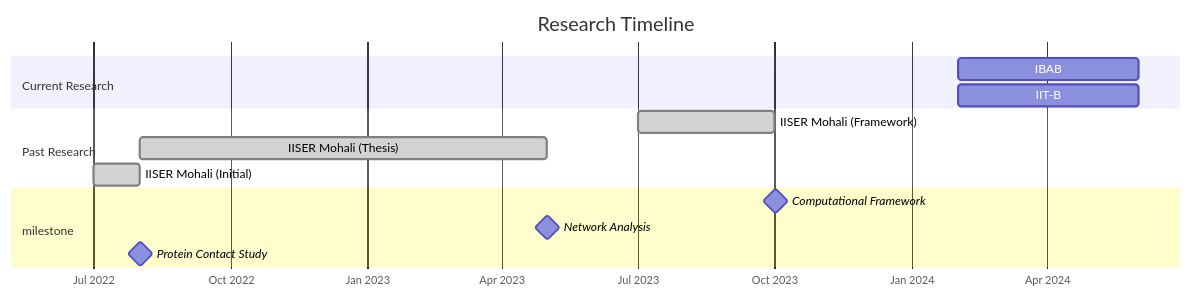
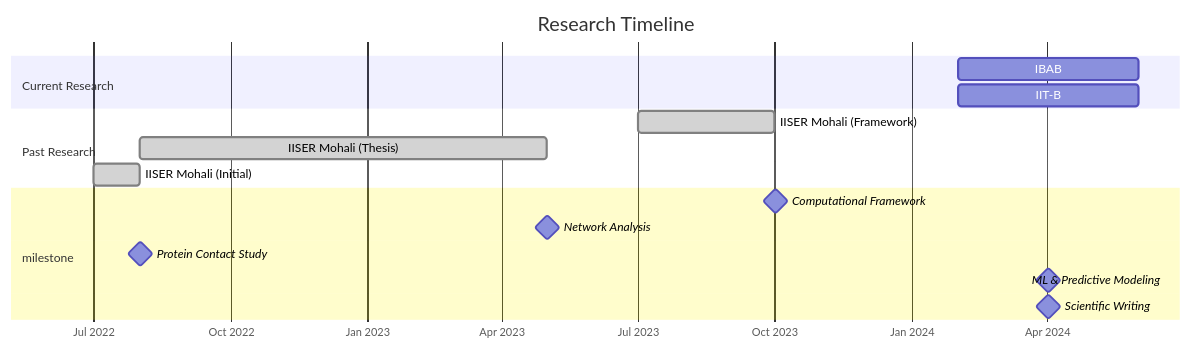
The third of 3 diagrams in README.md (dhana56/dhana56), drawn with Mermaid before and after one commit.

Commit message:
Add milestones for ML & Predictive Modeling and Scientific Writing in README.md

````diff
--- a/README.md
+++ b/README.md
@@ -203,25 +203,26 @@
 ```mermaid
 gantt
     title Research Timeline
     dateFormat YYYY-MM
     axisFormat %b %Y
 
     section Current Research
     IBAB: Histone PTM Research     :active, 2024-02, 2024-06
     IIT-B: MMI Analysis           :active, 2024-02, 2024-06
+  
 
     section Past Research
     IISER Mohali (Framework)      :done, framework, 2023-07, 2023-10
     IISER Mohali (Thesis)        :done, thesis, 2022-08, 2023-05
     IISER Mohali (Initial)       :done, initial, 2022-07, 2022-08
 
     section milestone
     Computational Framework       :milestone, 2023-10, 1d
     Network Analysis             :milestone, 2023-05, 1d
     Protein Contact Study        :milestone, 2022-08, 1d
-  
-    
+    ML & Predictive Modeling      :milestone, 2024-02, 2024-06
+    Scientific Writing           :milestone, 2024-02, 2024-06
 
 %% Styling definitions
 %% Colors inherit from theme
 ```
````
